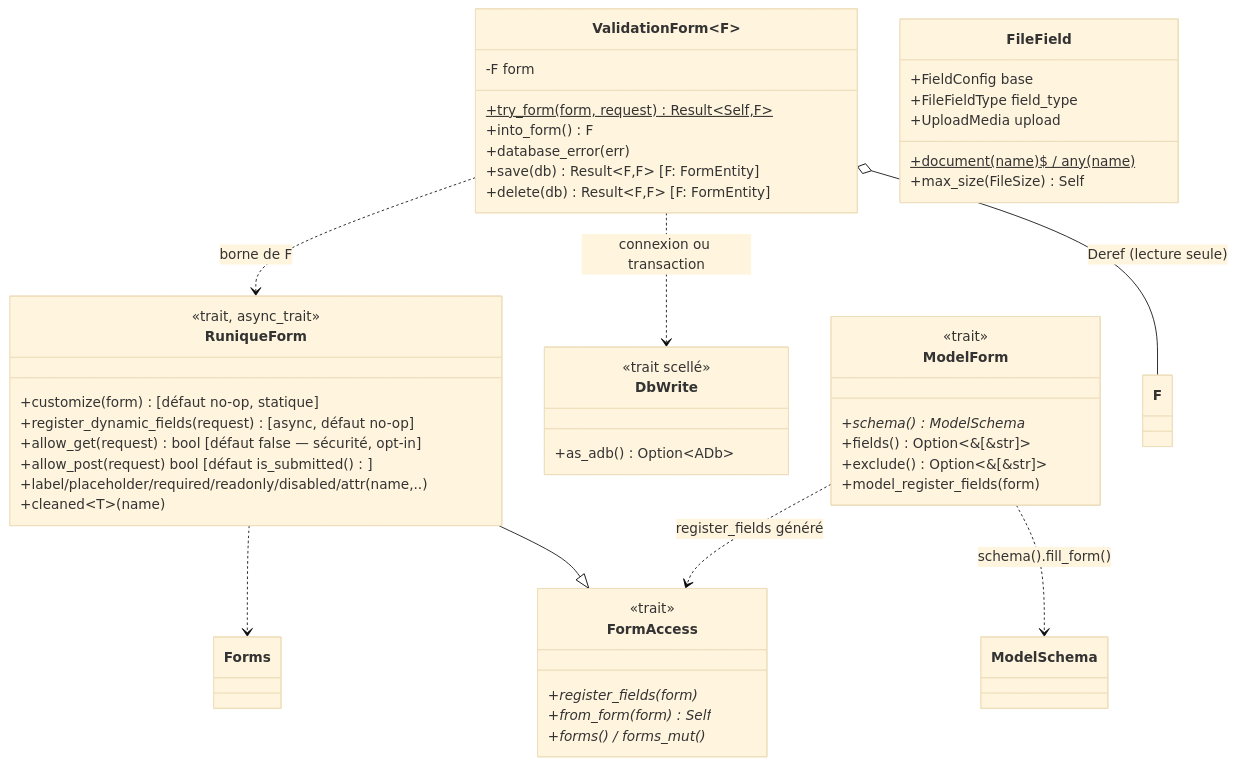
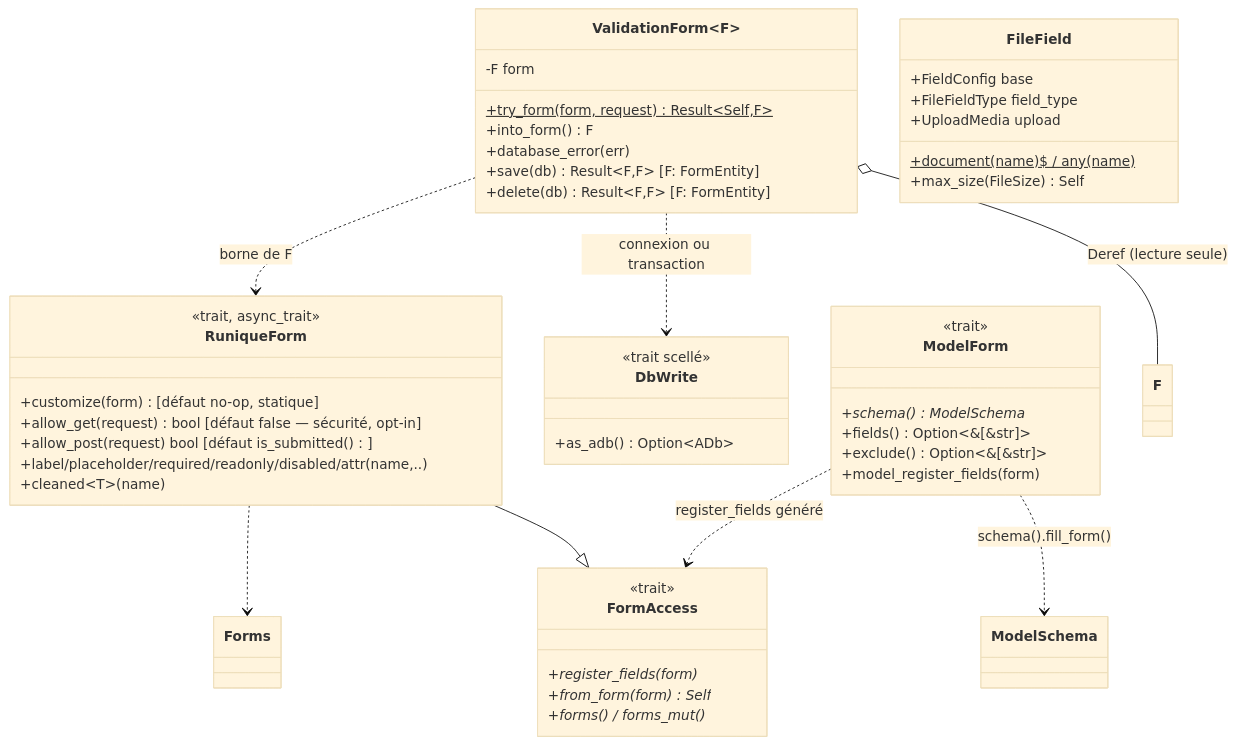
One commit to seb-alliot/runique changed the second of 2 diagrams in diagramme/uml/forms/formulaires.md. Above: the diagram before and after it, drawn with Mermaid (base theme). The commit also changed other lines of this file and 57 other files, not shown here.

Commit message:
fix few bug && diagramme

````diff
--- a/diagramme/uml/forms/formulaires.md
+++ b/diagramme/uml/forms/formulaires.md
@@ -73,51 +74,50 @@
 ```mermaid
 classDiagram
     class FormAccess {
         <<trait>>
         +register_fields(form)*
         +from_form(form) Self*
         +forms() / forms_mut()*
     }
     class RuniqueForm {
         <<trait, async_trait>>
         +customize(form) [défaut no-op, statique]
-        +register_dynamic_fields(request) [async, défaut no-op]
         +allow_get(request) bool [défaut false — sécurité, opt-in]
         +allow_post(request) bool [défaut is_submitted()]
         +label/placeholder/required/readonly/disabled/attr(name,..)
         +cleaned~T~(name)
     }
     class ValidationForm~F~ {
         -F form
         +try_form(form, request)$ Result~Self,F~
         +into_form() F
         +database_error(err)
         +save(db) Result~F,F~ [F: FormEntity]
         +delete(db) Result~F,F~ [F: FormEntity]
     }
     class DbWrite {
         <<trait scellé>>
         +as_adb() Option~ADb~
     }
     class ModelForm {
         <<trait>>
         +schema() ModelSchema*
         +fields() Option~&[&str]~
         +exclude() Option~&[&str]~
         +model_register_fields(form)
     }
     class FileField {
         +FieldConfig base
         +FileFieldType field_type
         +UploadMedia upload
         +document(name)$ / any(name)$
         +max_size(FileSize) Self
     }
     RuniqueForm ..> Forms
     ModelForm ..> ModelSchema : schema().fill_form()
     RuniqueForm --|> FormAccess
     ModelForm ..> FormAccess : register_fields généré
     ValidationForm~F~ ..> DbWrite : connexion ou transaction
     ValidationForm~F~ o-- F : Deref (lecture seule)
     ValidationForm~F~ ..> RuniqueForm : borne de F
 ```
````
